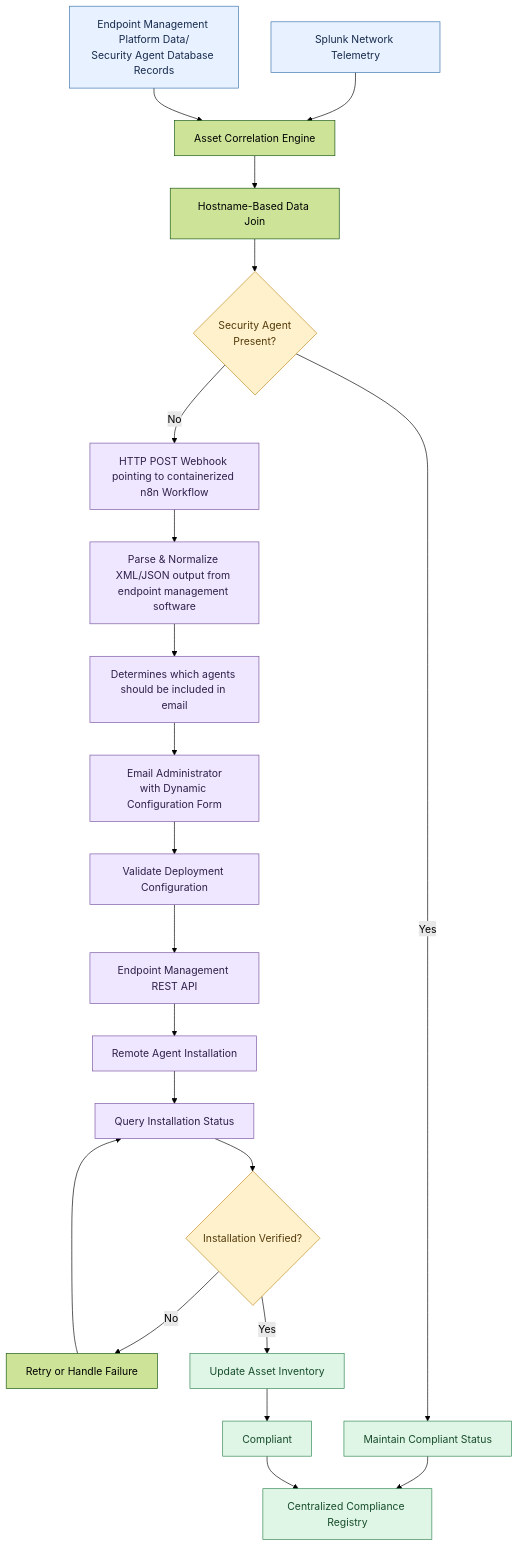
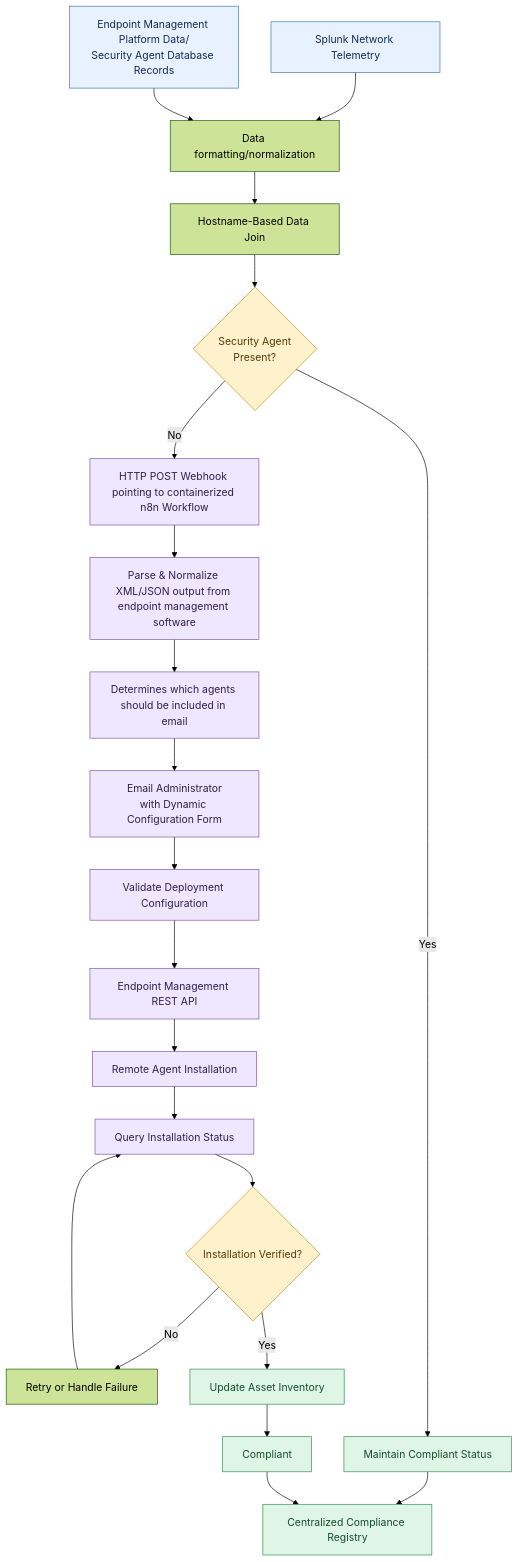
Before and after one commit to KaziHossain15/C2C-Pipeline: the first of 2 diagrams in README.md, drawn with Mermaid (forest theme).

Commit message:
Modify flowchart in README to add data formatting
Updated flowchart to include data formatting/normalization.

````diff
--- a/README.md
+++ b/README.md
@@ -22,41 +22,41 @@
 ```mermaid
 flowchart TD
-    A["Splunk Network Telemetry"] --> C["Asset Correlation Engine"]
+    A["Splunk Network Telemetry"] --> C["Data formatting/normalization"]
     B["Endpoint Management Platform Data/<br/>Security Agent Database Records"] --> C
 
     C --> D["Hostname-Based Data Join"]
     D --> E{"Security Agent<br/>Present?"}
 
     E -->|Yes| F["Maintain Compliant Status"]
     E -->|No| G["HTTP POST Webhook pointing to containerized n8n Workflow"]
 
     G --> H["Parse & Normalize XML/JSON output from endpoint management software"]
     H --> I["Determines which agents should be included in email"]
     I --> J["Email Administrator<br/>with Dynamic Configuration Form"]
 
     J --> K["Validate Deployment Configuration"]
     K --> L["Endpoint Management REST API"]
     L --> M["Remote Agent Installation"]
 
     M --> N["Query Installation Status"]
     N --> O{"Installation Verified?"}
 
     O -->|No| P["Retry or Handle Failure"]
     P --> N
 
     O -->|Yes| Q["Update Asset Inventory"]
     Q --> R["Compliant"]
 
     F --> S["Centralized Compliance Registry"]
     R --> S
 
     classDef source fill:#e8f1ff,stroke:#3973ac,color:#172b4d
     classDef automation fill:#eee7ff,stroke:#7954a1,color:#30204a
     classDef decision fill:#fff1cc,stroke:#c08a22,color:#533b0b
     classDef success fill:#dff5e5,stroke:#318653,color:#174d2c
 
     class A,B source
     class G,H,I,J,K,L,M,N automation
     class E,O decision
     class F,Q,R,S success
 ```
````
